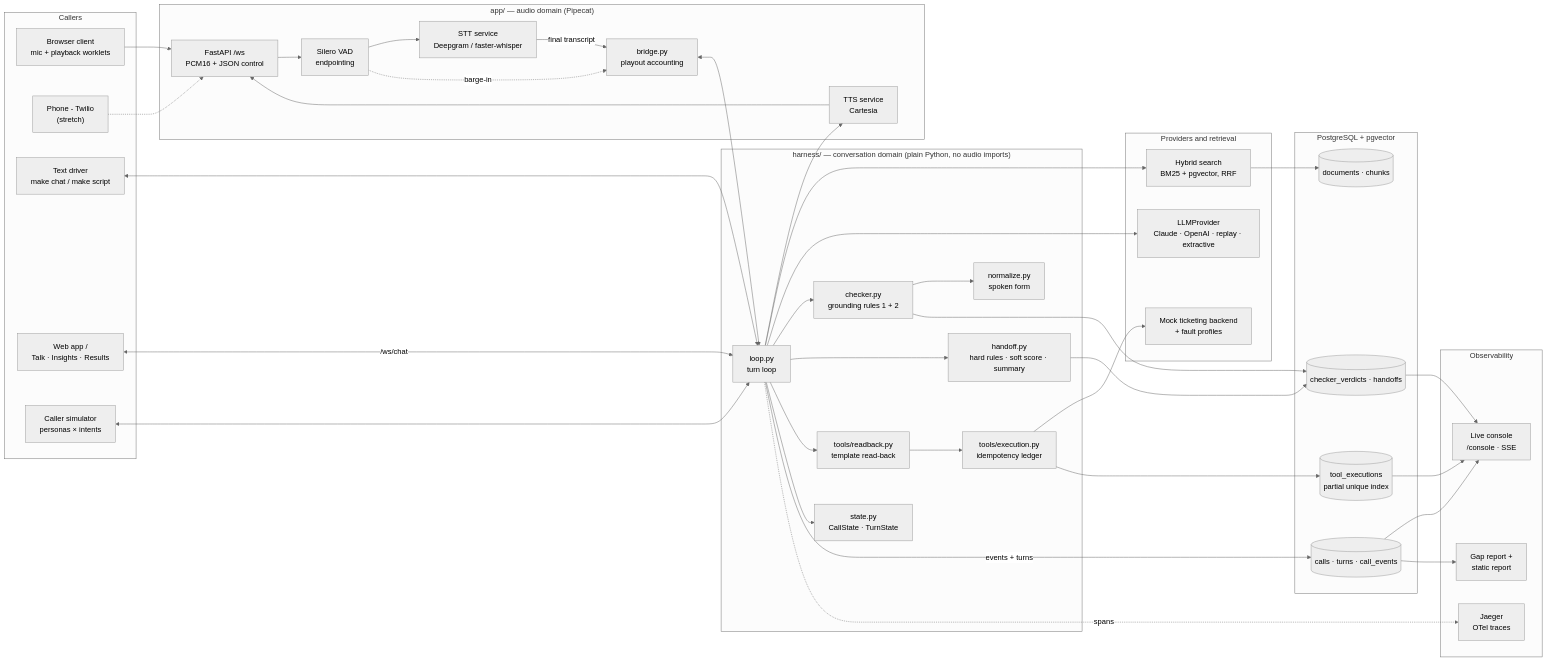
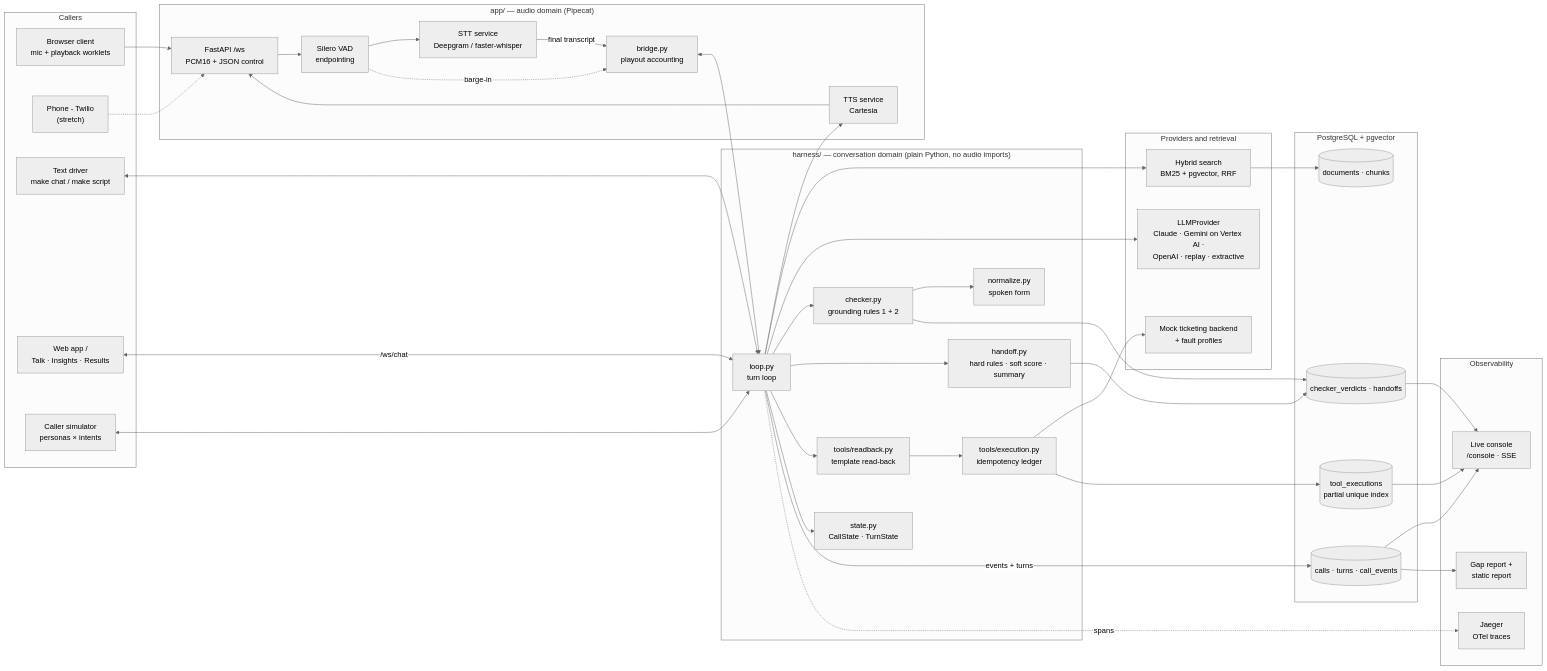
The first of 11 diagrams in README.md (ghantasala-sr/Voice-Desk), drawn with Mermaid (neutral theme) before and after one commit. The commit also changed other lines of this file and 22 other files, not shown here.

First line of the commit message:
Run the agent on Gemini via Google Cloud Vertex AI (gcloud auth)

````diff
--- a/README.md
+++ b/README.md
@@ -41,74 +43,74 @@
 ```mermaid
 flowchart LR
     subgraph clients["Callers"]
         BROWSER["Browser client<br/>mic + playback worklets"]
         PHONE["Phone - Twilio<br/>(stretch)"]
         TEXT["Text driver<br/>make chat / make script"]
         WEB["Web app  /<br/>Talk · Insights · Results"]
         SIM["Caller simulator<br/>personas × intents"]
     end
 
     subgraph audio["app/  —  audio domain (Pipecat)"]
         WS["FastAPI /ws<br/>PCM16 + JSON control"]
         VAD["Silero VAD<br/>endpointing"]
         STT["STT service<br/>Deepgram / faster-whisper"]
         TTS["TTS service<br/>Cartesia"]
         BRIDGE["bridge.py<br/>playout accounting"]
     end
 
     subgraph harness["harness/  —  conversation domain (plain Python, no audio imports)"]
         LOOP["loop.py<br/>turn loop"]
         STATE["state.py<br/>CallState · TurnState"]
         CHK["checker.py<br/>grounding rules 1 + 2"]
         NORM["normalize.py<br/>spoken form"]
         HO["handoff.py<br/>hard rules · soft score · summary"]
         EXEC["tools/execution.py<br/>idempotency ledger"]
         RB["tools/readback.py<br/>template read-back"]
     end
 
     subgraph services["Providers and retrieval"]
-        LLM["LLMProvider<br/>Claude · OpenAI · replay · extractive"]
+        LLM["LLMProvider<br/>Claude · Gemini on Vertex AI ·<br/>OpenAI · replay · extractive"]
         RET["Hybrid search<br/>BM25 + pgvector, RRF"]
         MOCK["Mock ticketing backend<br/>+ fault profiles"]
     end
 
     subgraph store["PostgreSQL + pgvector"]
         KB[("documents · chunks")]
         CALLS[("calls · turns · call_events")]
         LEDGER[("tool_executions<br/>partial unique index")]
         CV[("checker_verdicts · handoffs")]
     end
 
     subgraph observe["Observability"]
         JAEGER["Jaeger<br/>OTel traces"]
         CONSOLE["Live console<br/>/console · SSE"]
         GAPR["Gap report +<br/>static report"]
     end
 
     BROWSER --> WS
     PHONE -.-> WS
     WS --> VAD --> STT -->|final transcript| BRIDGE
     VAD -.->|barge-in| BRIDGE
     BRIDGE <--> LOOP
     TEXT <--> LOOP
     WEB <-->|/ws/chat| LOOP
     SIM <--> LOOP
     LOOP --> TTS --> WS
 
     LOOP --> RET --> KB
     LOOP --> LLM
     LOOP --> CHK --> NORM
     LOOP --> HO
     LOOP --> RB --> EXEC --> MOCK
     EXEC --> LEDGER
     LOOP --> STATE
 
     LOOP -->|events + turns| CALLS
     HO --> CV
     CHK --> CV
     LOOP -.->|spans| JAEGER
     CALLS --> CONSOLE
     LEDGER --> CONSOLE
     CV --> CONSOLE
     CALLS --> GAPR
 ```
````
